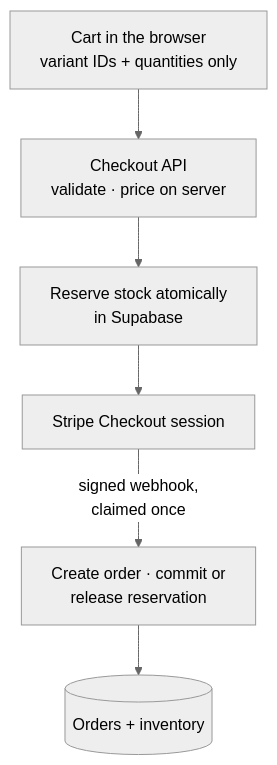
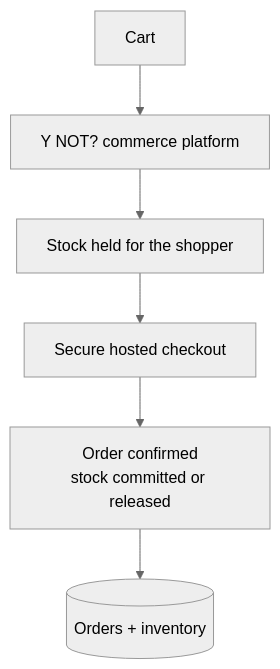
One commit to DavisHiggins/ynot-showcase changed the diagram in README.md. Above: the diagram before and after it, drawn with Mermaid (neutral theme). The commit also changed other lines of this file and 6 other files, not shown here.

````diff
--- a/README.md
+++ b/README.md
@@ -44,8 +47,8 @@
 ```mermaid
 flowchart TB
-    C[Cart in the browser<br/>variant IDs + quantities only] --> A[Checkout API<br/>validate · price on server]
-    A --> R[Reserve stock atomically<br/>in Supabase]
-    R --> S[Stripe Checkout session]
-    S -->|signed webhook,<br/>claimed once| W[Create order · commit or<br/>release reservation]
-    W --> D[(Orders + inventory)]
+    C[Cart] --> P[Y NOT? commerce platform]
+    P --> H[Stock held for the shopper]
+    H --> S[Secure hosted checkout]
+    S --> O[Order confirmed<br/>stock committed or released]
+    O --> D[(Orders + inventory)]
 ```
````
